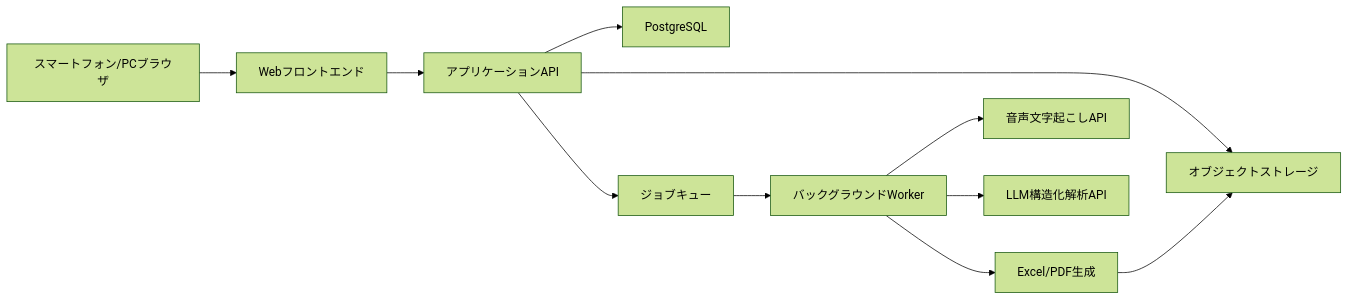
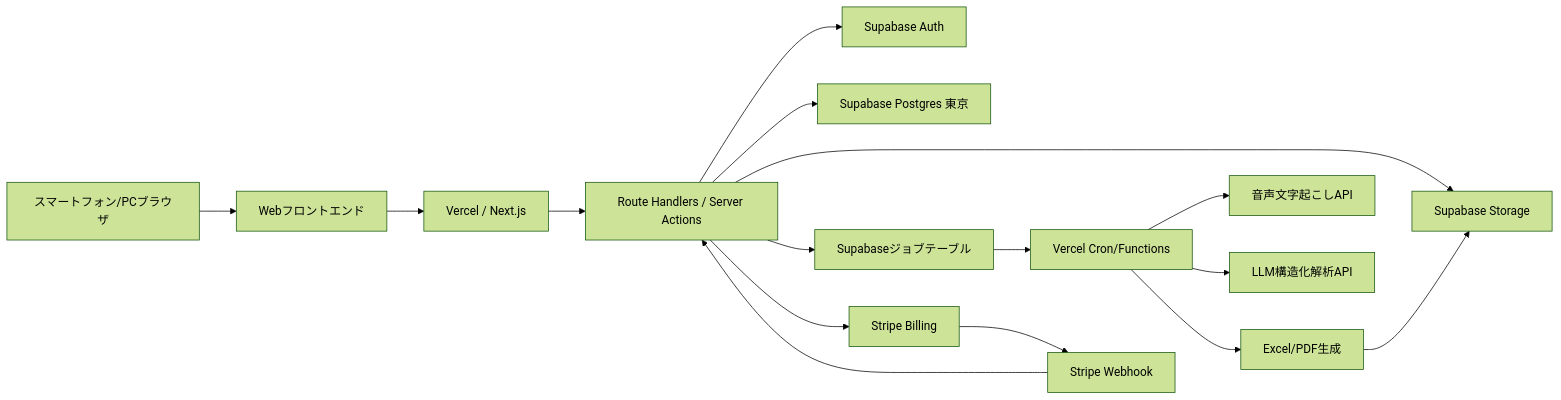
Before and after one commit to tsuyoshiyasuda0105/mitsumori_project: the diagram in docs/04_technical_design.md, drawn with Mermaid (forest theme). The commit also changed other lines of this file and 47 other files, not shown here.

````diff
--- a/docs/04_technical_design.md
+++ b/docs/04_technical_design.md
@@ -34,13 +39,18 @@
 ```mermaid
 flowchart LR
   User["スマートフォン/PCブラウザ"] --> Web["Webフロントエンド"]
-  Web --> API["アプリケーションAPI"]
-  API --> DB["PostgreSQL"]
-  API --> Storage["オブジェクトストレージ"]
-  API --> Queue["ジョブキュー"]
-  Queue --> Worker["バックグラウンドWorker"]
+  Web --> Vercel["Vercel / Next.js"]
+  Vercel --> API["Route Handlers / Server Actions"]
+  API --> Auth["Supabase Auth"]
+  API --> DB["Supabase Postgres 東京"]
+  API --> Storage["Supabase Storage"]
+  API --> Jobs["Supabaseジョブテーブル"]
+  API --> Stripe["Stripe Billing"]
+  Jobs --> Worker["Vercel Cron/Functions"]
   Worker --> AI_STT["音声文字起こしAPI"]
   Worker --> AI_LLM["LLM構造化解析API"]
   Worker --> Exporter["Excel/PDF生成"]
   Exporter --> Storage
+  Stripe --> Webhook["Stripe Webhook"]
+  Webhook --> API
 ```
````
